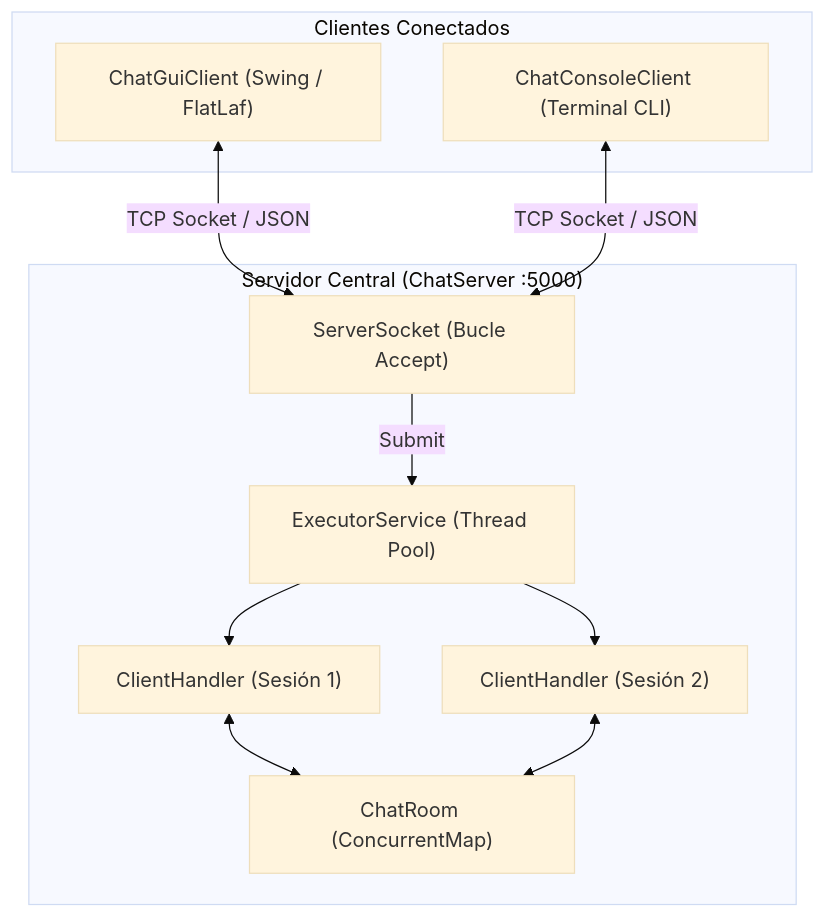
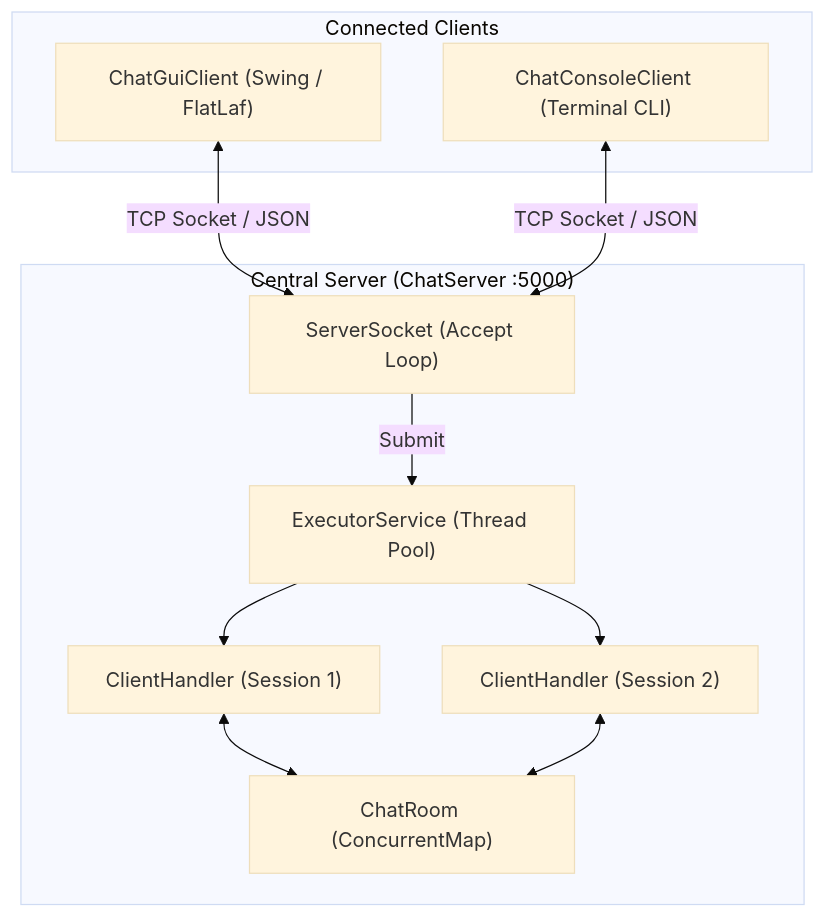
Before and after one commit to danicaju/RealTimeChat: the diagram in README.md, drawn with Mermaid (base theme). The commit also changed other lines of this file and 1 other file, not shown here.

````diff
--- a/README.md
+++ b/README.md
@@ -19,23 +24,23 @@
 ```mermaid
 flowchart TD
-    subgraph Clientes ["Clientes Conectados"]
+    subgraph Clients ["Connected Clients"]
         GUI["ChatGuiClient (Swing / FlatLaf)"]
         CLI["ChatConsoleClient (Terminal CLI)"]
     end
 
-    subgraph Servidor ["Servidor Central (ChatServer :5000)"]
-        Listener["ServerSocket (Bucle Accept)"]
+    subgraph Server ["Central Server (ChatServer :5000)"]
+        Listener["ServerSocket (Accept Loop)"]
         Pool["ExecutorService (Thread Pool)"]
-        Handler1["ClientHandler (Sesión 1)"]
-        Handler2["ClientHandler (Sesión 2)"]
+        Handler1["ClientHandler (Session 1)"]
+        Handler2["ClientHandler (Session 2)"]
         Room["ChatRoom (ConcurrentMap)"]
     end
 
     GUI <-->|TCP Socket / JSON| Listener
     CLI <-->|TCP Socket / JSON| Listener
     Listener -->|Submit| Pool
     Pool --> Handler1
     Pool --> Handler2
     Handler1 <--> Room
     Handler2 <--> Room
 ```
````
